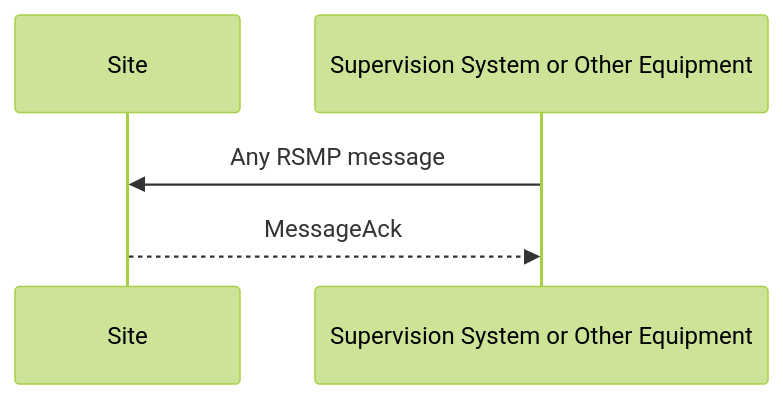
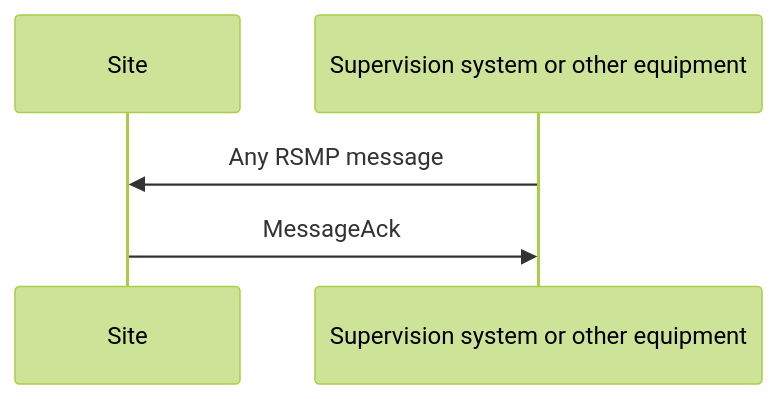
Before and after one commit to rsmp-nordic/rsmp_core: diagram 13 of 16 in pages/applicability/basic_structure.md, drawn with Mermaid (forest theme). The commit also changed other lines of this file and 25 other files, not shown here.

````diff
--- a/pages/applicability/basic_structure.md
+++ b/pages/applicability/basic_structure.md
@@ -1230,7 +1281,7 @@
 ```mermaid
 sequenceDiagram
     participant A as Site
-    participant B as Supervision System or Other Equipment
+    participant B as Supervision system or other equipment
     B->>A: Any RSMP message
-    A-->>B: MessageAck
+    A->>B: MessageAck
 ```
````
